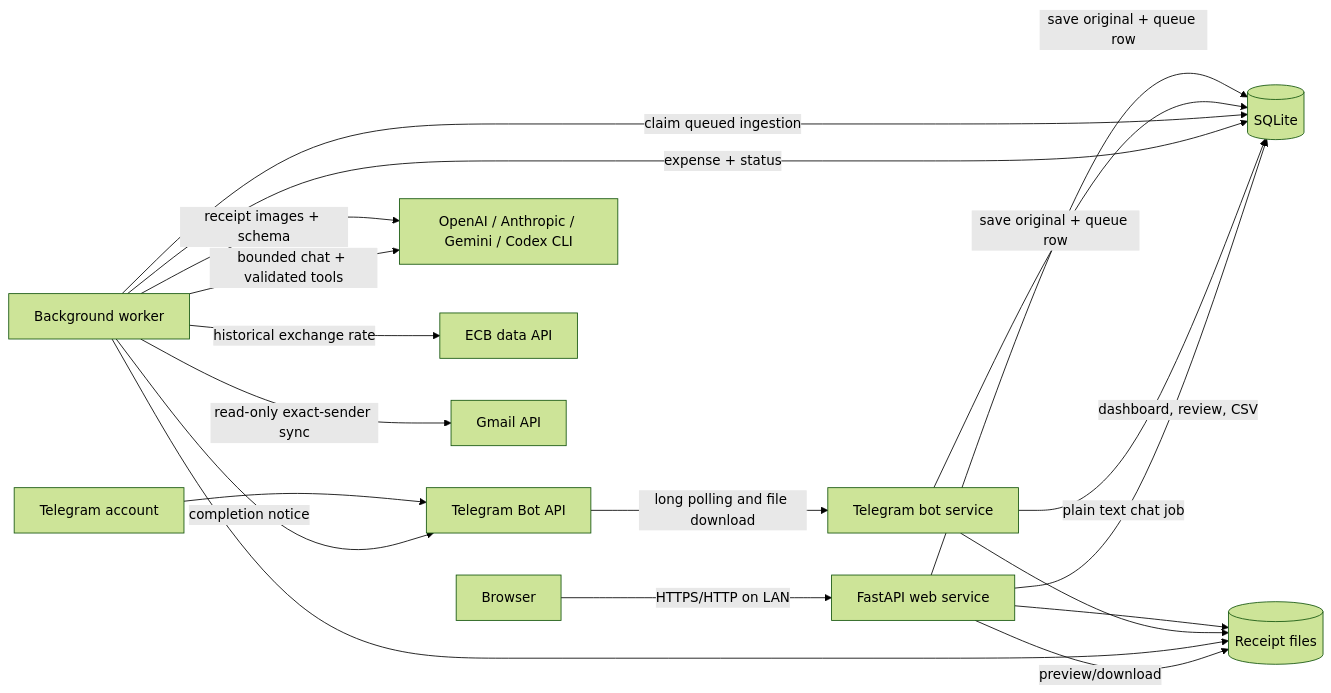
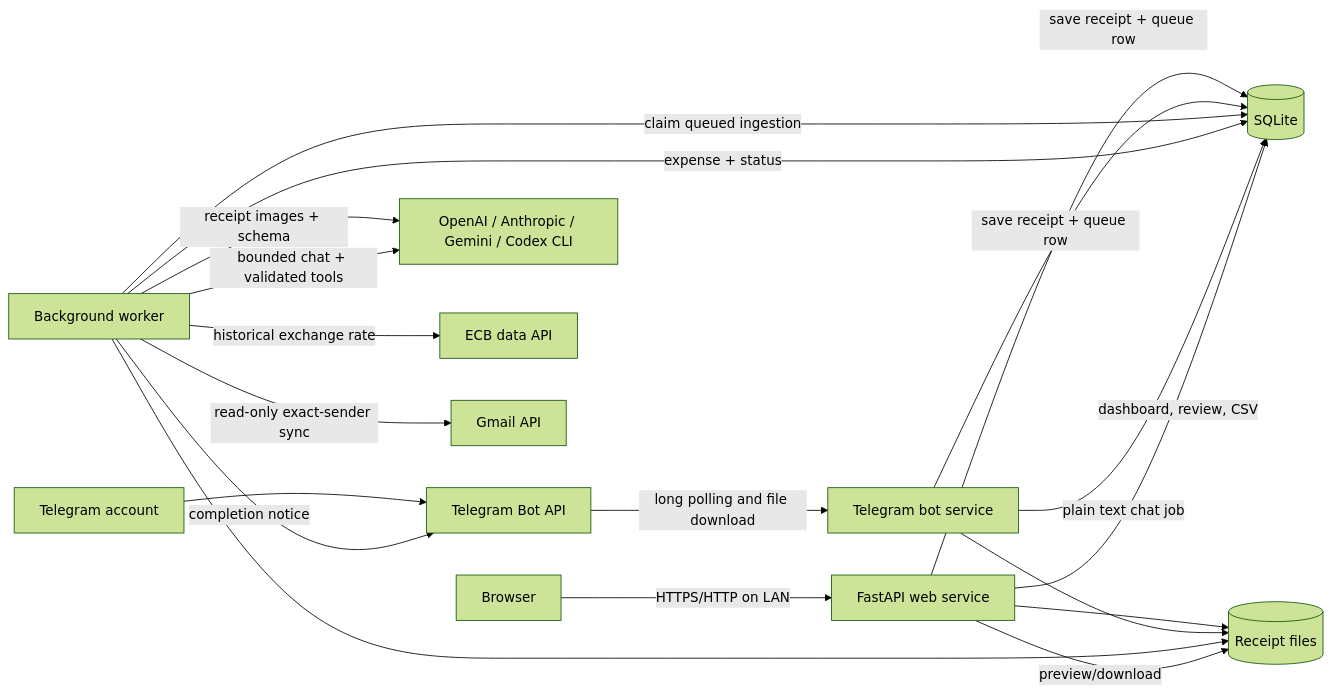
The diagram in docs/architecture.md (Flecart/spendloom), drawn with Mermaid (forest theme) before and after one commit. The commit also changed other lines of this file and 5 other files, not shown here.

````diff
--- a/docs/architecture.md
+++ b/docs/architecture.md
@@ -7,24 +7,24 @@
 ```mermaid
 flowchart LR
     User[Browser] -->|HTTPS/HTTP on LAN| Web[FastAPI web service]
     TGUser[Telegram account] --> TG[Telegram Bot API]
     TG -->|long polling and file download| Bot[Telegram bot service]
 
-    Web -->|save original + queue row| DB[(SQLite)]
+    Web -->|save receipt + queue row| DB[(SQLite)]
     Web --> Files[(Receipt files)]
-    Bot -->|save original + queue row| DB
+    Bot -->|save receipt + queue row| DB
     Bot --> Files
 
     Worker[Background worker] -->|claim queued ingestion| DB
     Worker --> Files
     Worker -->|receipt images + schema| AI[OpenAI / Anthropic / Gemini / Codex CLI]
     Worker -->|historical exchange rate| ECB[ECB data API]
     Worker -->|read-only exact-sender sync| Gmail[Gmail API]
     Worker -->|expense + status| DB
     Bot -->|plain text chat job| DB
     Worker -->|bounded chat + validated tools| AI
 
     Web -->|dashboard, review, CSV| DB
     Web -->|preview/download| Files
     Worker -->|completion notice| TG
 ```
````
